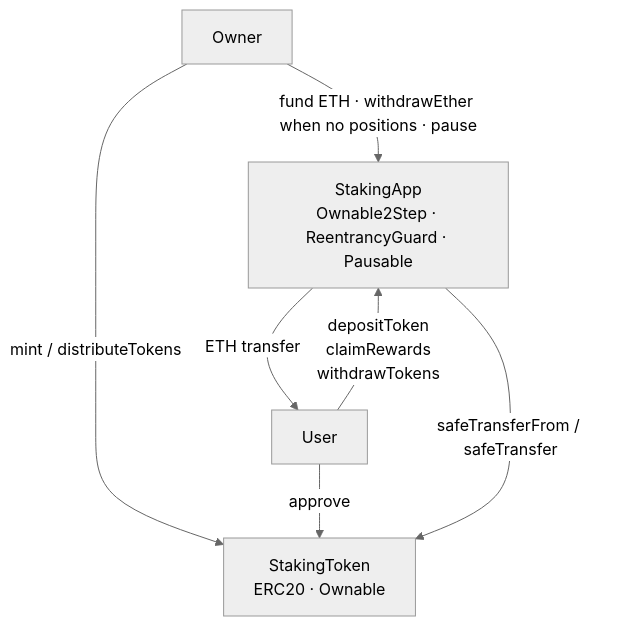
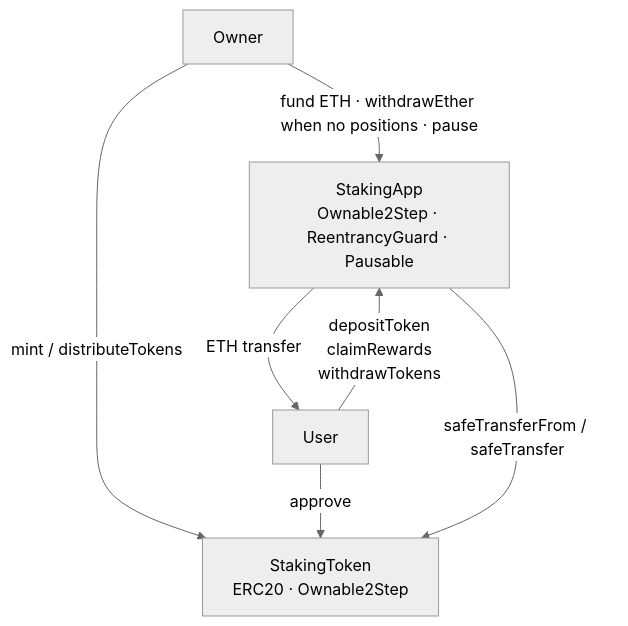
Before and after one commit to sergiiogg7/staking-protocol: the first of 2 diagrams in README.md, drawn with Mermaid (neutral theme). The commit also changed other lines of this file and 8 other files, not shown here.

First line of the commit message:
refactor: use two-step ownership transfer in StakingToken and StakingNFT

````diff
--- a/README.md
+++ b/README.md
@@ -32,9 +32,9 @@
 ```mermaid
 graph TD
-    Owner -->|mint / distributeTokens| STK[StakingToken\nERC20 · Ownable]
+    Owner -->|mint / distributeTokens| STK[StakingToken\nERC20 · Ownable2Step]
     Owner -->|fund ETH · withdrawEther when no positions · pause| APP[StakingApp\nOwnable2Step · ReentrancyGuard · Pausable]
     User -->|approve| STK
     User -->|depositToken\nclaimRewards\nwithdrawTokens| APP
     APP -->|safeTransferFrom / safeTransfer| STK
     APP -->|ETH transfer| User
 ```
````
